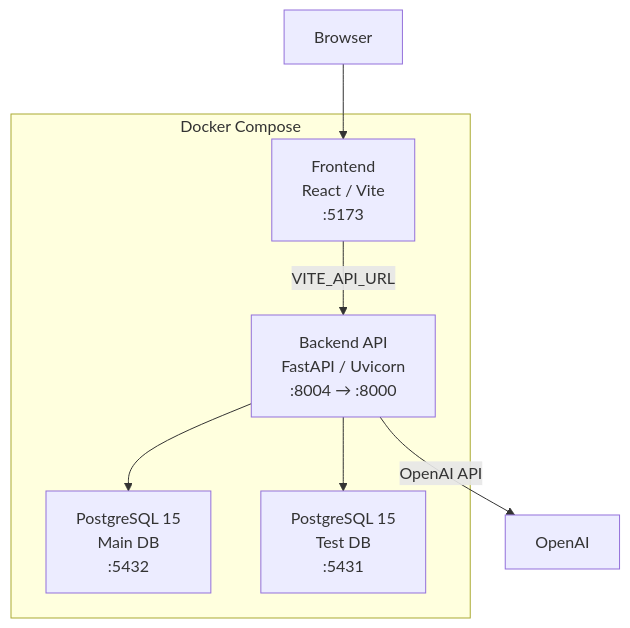
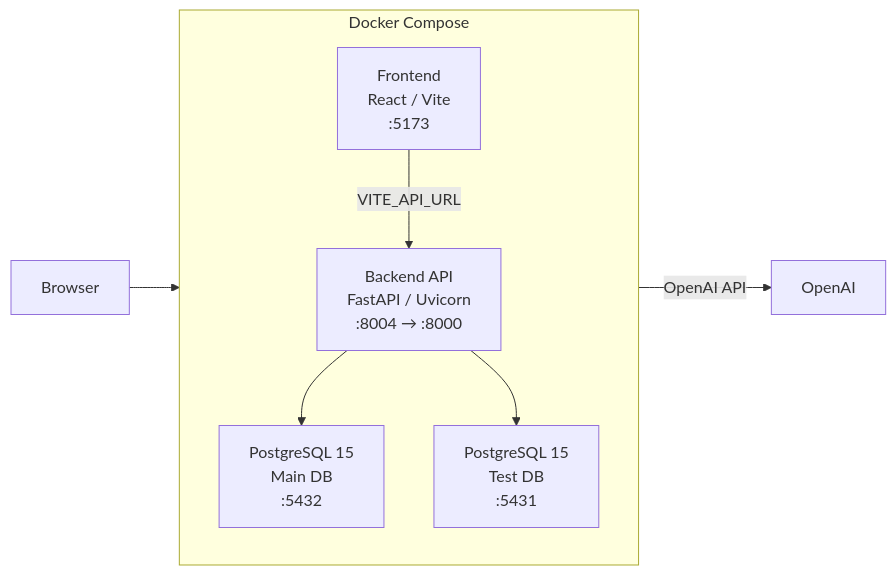
Before and after one commit to danphenderson/baldin: the diagram in docs/docs/architecture/system-overview.md, drawn with Mermaid. The commit also changed 48 other files, not shown here.

````diff
--- a/docs/docs/architecture/system-overview.md
+++ b/docs/docs/architecture/system-overview.md
@@ -16,15 +16,21 @@
 ```mermaid
-graph TB
-    subgraph Docker Compose
+graph LR
+    accTitle: Baldin Service Topology
+    accDescr: Shows the Docker Compose stack — Frontend (React/Vite on port 5173), Backend API (FastAPI/Uvicorn on port 8000), Main PostgreSQL DB (5432), Test DB (5431), and an external OpenAI LLM — and the connection direction between them.
+    Browser["Browser"]
+    LLM["OpenAI"]
+
+    subgraph dc["Docker Compose"]
+        direction TB
         FE["Frontend<br/>React / Vite<br/>:5173"]
         API["Backend API<br/>FastAPI / Uvicorn<br/>:8004 → :8000"]
         DB["PostgreSQL 15<br/>Main DB<br/>:5432"]
         TDB["PostgreSQL 15<br/>Test DB<br/>:5431"]
     end
 
-    Browser["Browser"] --> FE
+    Browser --> FE
     FE -->|VITE_API_URL| API
     API --> DB
     API --> TDB
-    API -->|OpenAI API| LLM["OpenAI"]
+    API -->|OpenAI API| LLM
 ```
````
